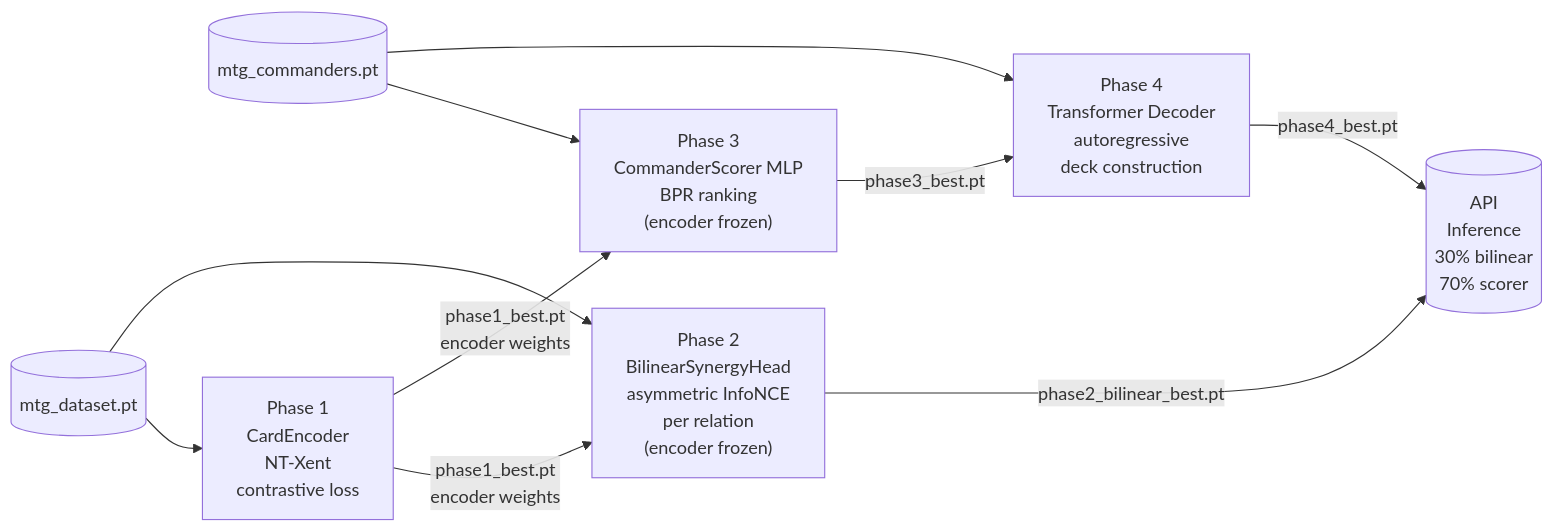
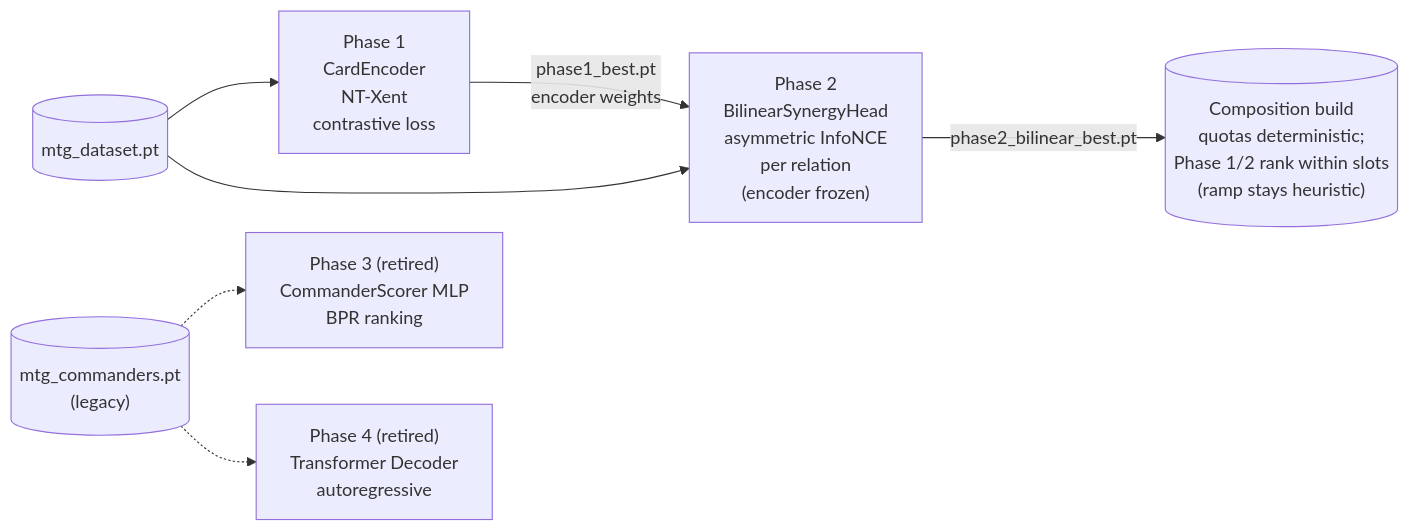
One commit to cobaltroad/mtg-pytorch changed the third of 3 diagrams in CLAUDE.md. Above: the diagram before and after it, drawn with Mermaid. The commit also changed other lines of this file and 1 other file, not shown here.

````diff
--- a/CLAUDE.md
+++ b/CLAUDE.md
@@ -310,21 +343,18 @@
 ```mermaid
 flowchart LR
     DS[("mtg_dataset.pt")]
-    DC[("mtg_commanders.pt")]
+    DC[("mtg_commanders.pt\n(legacy)")]
 
     P1["Phase 1\nCardEncoder\nNT-Xent\ncontrastive loss"]
     P2["Phase 2\nBilinearSynergyHead\nasymmetric InfoNCE\nper relation\n(encoder frozen)"]
-    P3["Phase 3\nCommanderScorer MLP\nBPR ranking\n(encoder frozen)"]
-    P4["Phase 4\nTransformer Decoder\nautoregressive\ndeck construction"]
+    P3["Phase 3 (retired)\nCommanderScorer MLP\nBPR ranking"]
+    P4["Phase 4 (retired)\nTransformer Decoder\nautoregressive"]
 
     DS --> P1
     DS --> P2
-    DC --> P3
-    DC --> P4
+    DC -.-> P3
+    DC -.-> P4
 
     P1 -->|"phase1_best.pt\nencoder weights"| P2
-    P1 -->|"phase1_best.pt\nencoder weights"| P3
-    P2 -->|"phase2_bilinear_best.pt"| INF
-    P3 -->|"phase3_best.pt"| P4
-    P4 -->|"phase4_best.pt"| INF[("API\nInference\n30% bilinear\n70% scorer")]
+    P2 -->|"phase2_bilinear_best.pt"| INF[("Composition build\nquotas deterministic;\nPhase 1/2 rank within slots\n(ramp stays heuristic)")]
 ```
````
